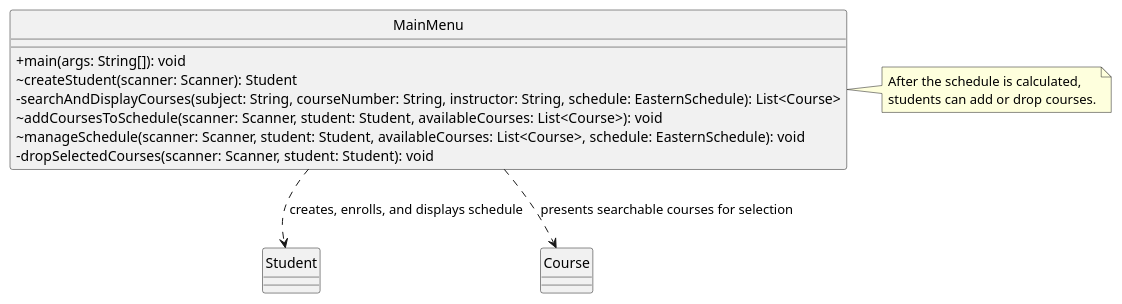
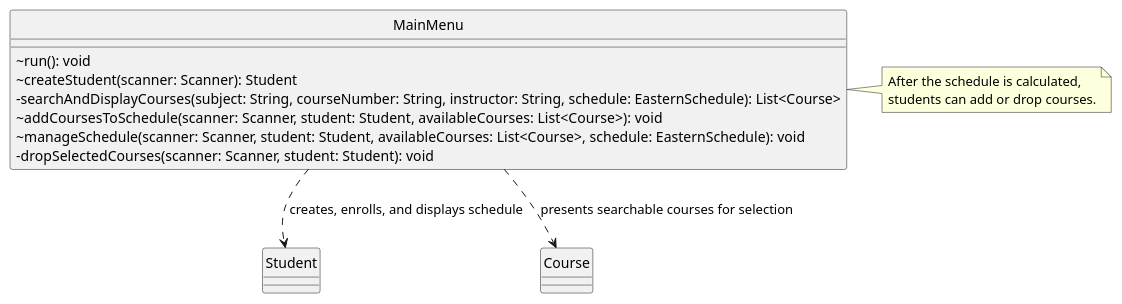
The diagram in demo/docs/MainMenu.puml (avatar12-05/easternRegistration), drawn with PlantUML before and after one commit. The commit also changed 2 other files, not shown here.

Commit message:
rework so EasternRegistration is only method with main
//make sure EasternRegistration is only class with main method

```diff
--- a/demo/docs/MainMenu.puml
+++ b/demo/docs/MainMenu.puml
@@ -1,21 +1,21 @@
 @startuml
 skinparam classAttributeIconSize 0
 hide circle
 
 class MainMenu {
-  + main(args: String[]): void
+  ~ run(): void
   ~ createStudent(scanner: Scanner): Student
   - searchAndDisplayCourses(subject: String, courseNumber: String, instructor: String, schedule: EasternSchedule): List<Course>
   ~ addCoursesToSchedule(scanner: Scanner, student: Student, availableCourses: List<Course>): void
   ~ manageSchedule(scanner: Scanner, student: Student, availableCourses: List<Course>, schedule: EasternSchedule): void
   - dropSelectedCourses(scanner: Scanner, student: Student): void
 }
 
 MainMenu ..> Student : creates, enrolls, and displays schedule
 MainMenu ..> Course : presents searchable courses for selection
 note right of MainMenu
   After the schedule is calculated,
   students can add or drop courses.
 end note
 
 @enduml
```
